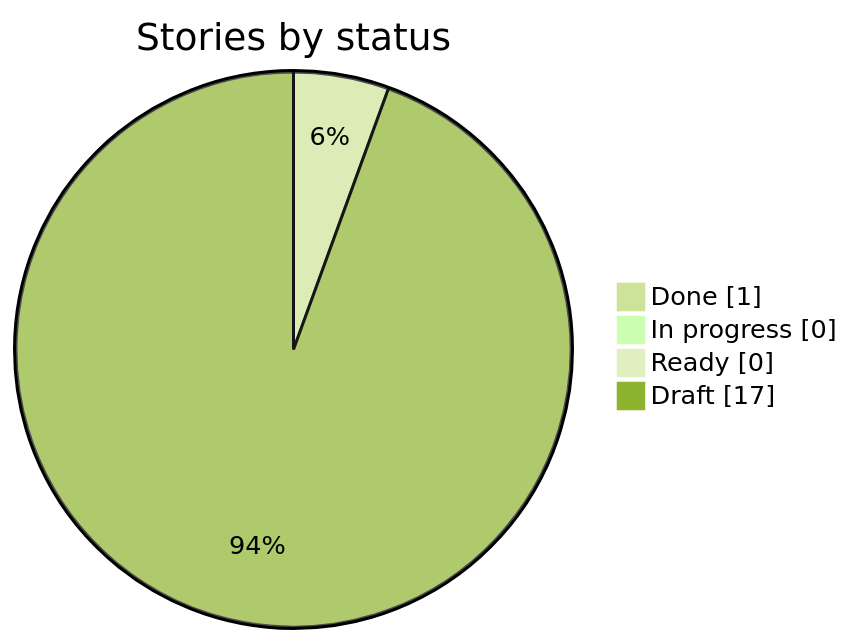
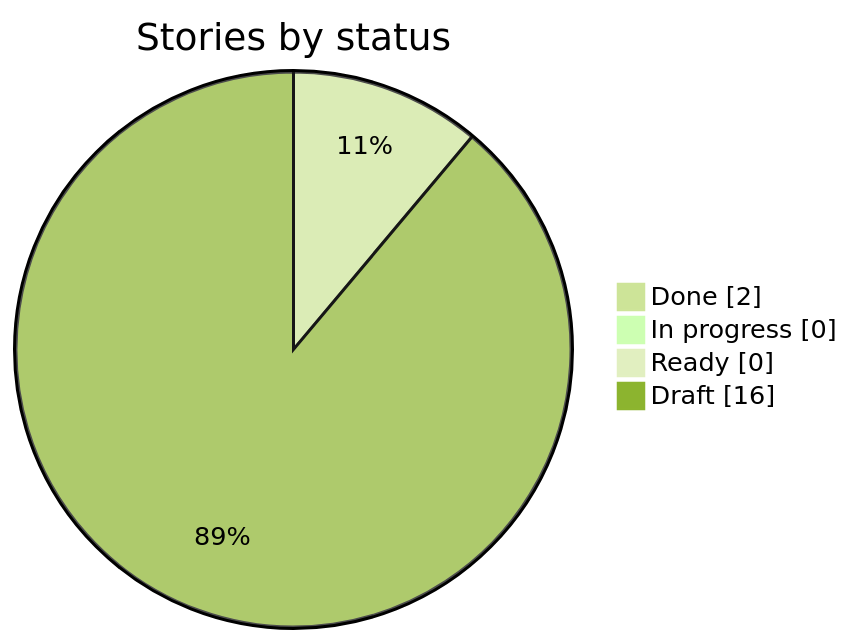
Before and after one commit to HebaGaber/oracle-property-intelligence-platform-pipeline-travis-tx: the first of 2 diagrams in docs/progress.md, drawn with Mermaid (forest theme). The commit also changed other lines of this file, not shown here.

````diff
--- a/docs/progress.md
+++ b/docs/progress.md
@@ -9,7 +9,7 @@
 ```mermaid
 pie showData title Stories by status
-  "Done" : 1
+  "Done" : 2
   "In progress" : 0
   "Ready" : 0
-  "Draft" : 17
+  "Draft" : 16
 ```
````
